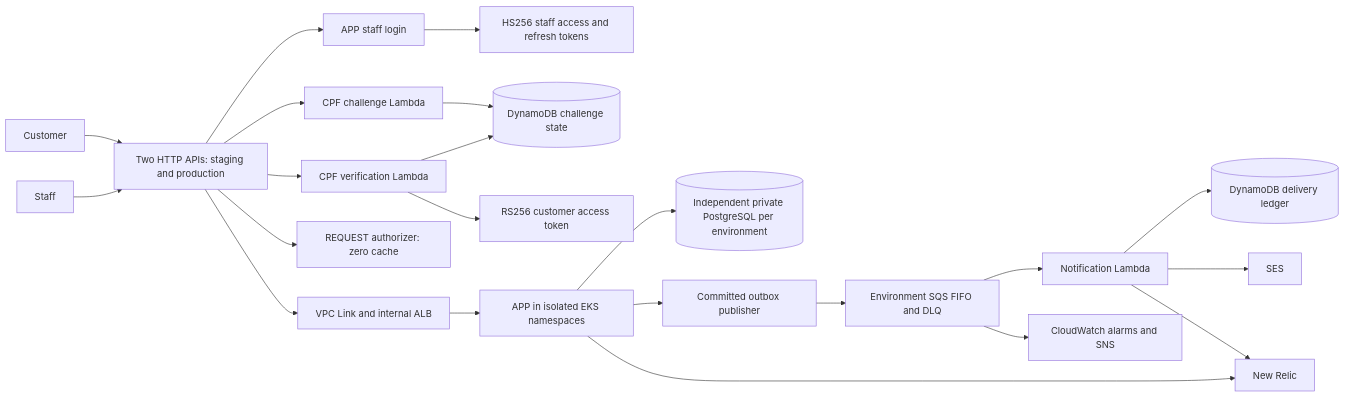
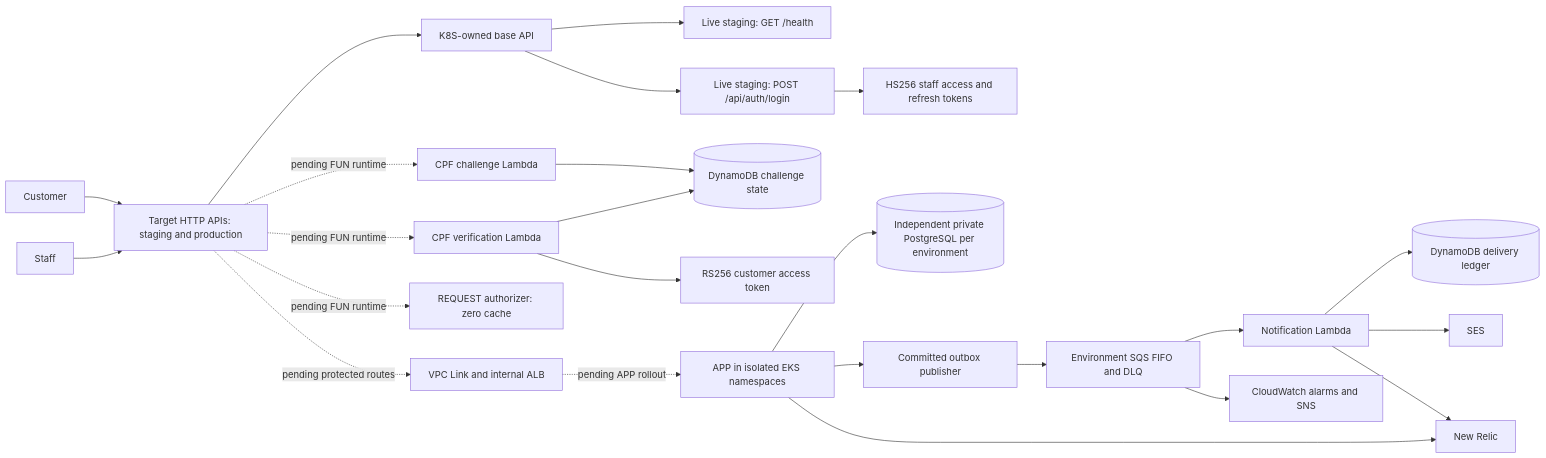
Before and after one commit to rafaelxvr/Tech-challenge-15SOAT: the diagram in docs/phase-3/architecture/components.md, drawn with Mermaid. The commit also changed other lines of this file and 1 other file, not shown here.

Commit message:
docs: record merged gateway ownership boundary

````diff
--- a/docs/phase-3/architecture/components.md
+++ b/docs/phase-3/architecture/components.md
@@ -3,24 +3,26 @@
 ```mermaid
 flowchart LR
-  Customer --> APIs[Two HTTP APIs: staging and production]
+  Customer --> APIs[Target HTTP APIs: staging and production]
   Staff --> APIs
-  APIs --> Login[APP staff login]
-  APIs --> Challenge[CPF challenge Lambda]
-  APIs --> Verify[CPF verification Lambda]
-  APIs --> Authorizer[REQUEST authorizer: zero cache]
-  APIs --> Link[VPC Link and internal ALB]
-  Link --> APP[APP in isolated EKS namespaces]
+  APIs --> Base[K8S-owned base API]
+  Base --> Health[Live staging: GET /health]
+  Base --> Login[Live staging: POST /api/auth/login]
+  APIs -. pending FUN runtime .-> Challenge[CPF challenge Lambda]
+  APIs -. pending FUN runtime .-> Verify[CPF verification Lambda]
+  APIs -. pending FUN runtime .-> Authorizer[REQUEST authorizer: zero cache]
+  APIs -. pending protected routes .-> Link[VPC Link and internal ALB]
+  Link -. pending APP rollout .-> APP[APP in isolated EKS namespaces]
   APP --> RDS[(Independent private PostgreSQL per environment)]
   Challenge --> Challenges[(DynamoDB challenge state)]
   Verify --> Challenges
   Verify --> CustomerJWT[RS256 customer access token]
   Login --> StaffJWT[HS256 staff access and refresh tokens]
   APP --> Publisher[Committed outbox publisher]
   Publisher --> FIFO[Environment SQS FIFO and DLQ]
   FIFO --> Notify[Notification Lambda]
   Notify --> Ledger[(DynamoDB delivery ledger)]
   Notify --> SES
   APP --> NR[New Relic]
   Notify --> NR
   FIFO --> CW[CloudWatch alarms and SNS]
 ```
````
